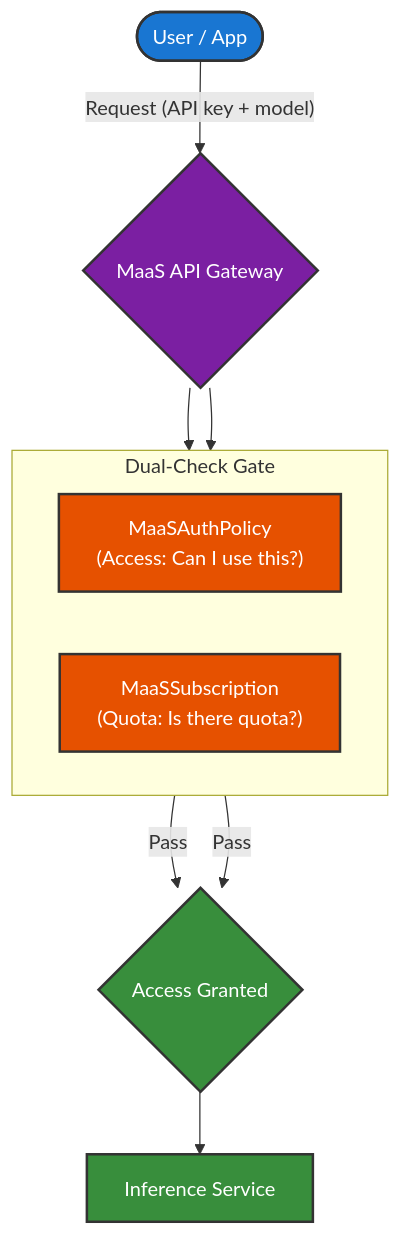
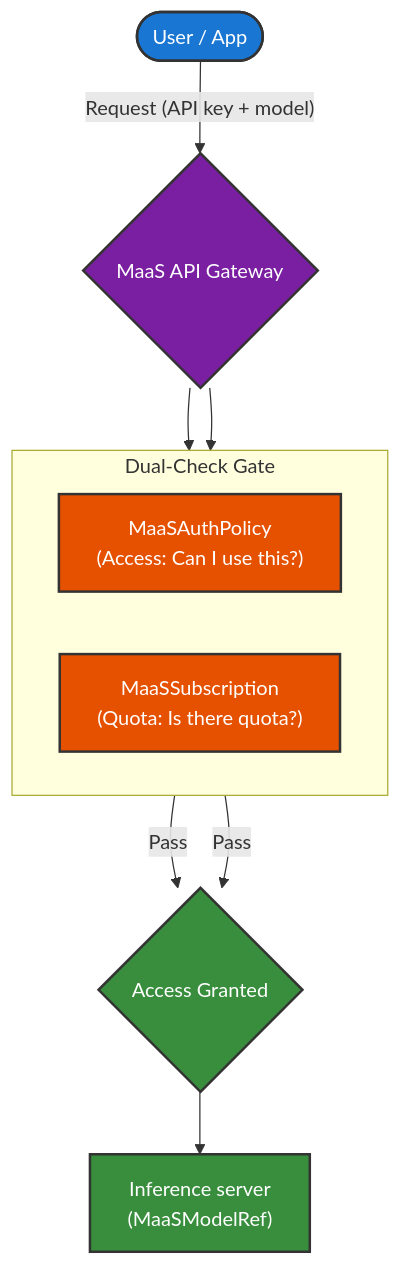
The diagram in docs/content/concepts/subscription-overview.md (jland-redhat/models-as-a-service), drawn with Mermaid before and after one commit. The commit also changed 8 other files, not shown here.

````diff
--- a/docs/content/concepts/subscription-overview.md
+++ b/docs/content/concepts/subscription-overview.md
@@ -7,25 +7,25 @@
 ```mermaid
 flowchart TD
     User([User / App]) -- "Request (API key + model)" --> Gateway{MaaS API Gateway}
 
     subgraph Validation ["Dual-Check Gate"]
         direction LR
         A["MaaSAuthPolicy<br/>(Access: Can I use this?)"]
         B["MaaSSubscription<br/>(Quota: Is there quota?)"]
     end
 
     Gateway --> A
     Gateway --> B
 
     A -- "Pass" --> BothPass
     B -- "Pass" --> BothPass
 
-    BothPass{Access Granted} --> InferenceService["Inference Service"]
+    BothPass{Access Granted} --> InferenceService["Inference server<br/>(MaaSModelRef)"]
 
     style User fill:#1976d2,stroke:#333,stroke-width:2px,color:#fff
     style Gateway fill:#7b1fa2,stroke:#333,stroke-width:2px,color:#fff
     style A fill:#e65100,stroke:#333,stroke-width:2px,color:#fff
     style B fill:#e65100,stroke:#333,stroke-width:2px,color:#fff
     style BothPass fill:#388e3c,stroke:#333,stroke-width:2px,color:#fff
     style InferenceService fill:#388e3c,stroke:#333,stroke-width:2px,color:#fff
 ```
````
